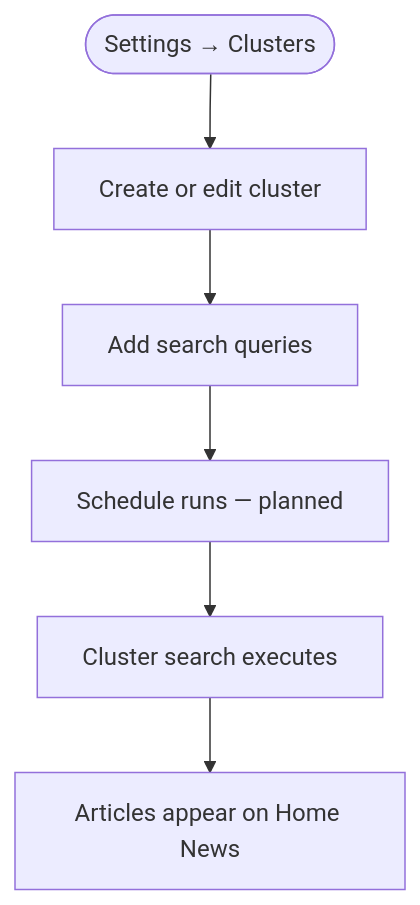
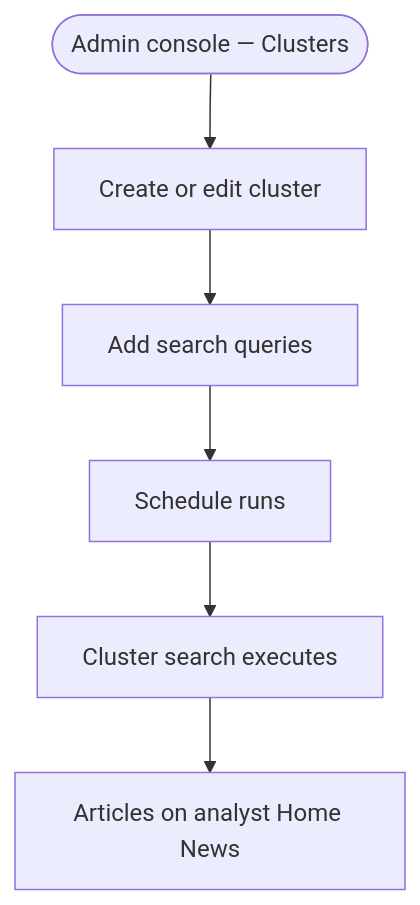
Before and after one commit to Growth-Maschine/NORAD-INTEL-ENGINE-V1: the eighth of 8 diagrams in docs/phase-1/P1-01-user.md, drawn with Mermaid. The commit also changed other lines of this file and 9 other files, not shown here.

````diff
--- a/docs/phase-1/P1-01-user.md
+++ b/docs/phase-1/P1-01-user.md
@@ -965,8 +947,8 @@
 ```mermaid
 flowchart TD
-    START([Settings → Clusters]) --> CREATE[Create or edit cluster]
+    ADMIN([Admin console — Clusters]) --> CREATE[Create or edit cluster]
     CREATE --> QUERIES[Add search queries]
-    QUERIES --> SCHEDULE[Schedule runs — planned]
+    QUERIES --> SCHEDULE[Schedule runs]
     SCHEDULE --> RUN[Cluster search executes]
-    RUN --> NEWS[Articles appear on Home News]
+    RUN --> NEWS[Articles on analyst Home News]
 ```
````
